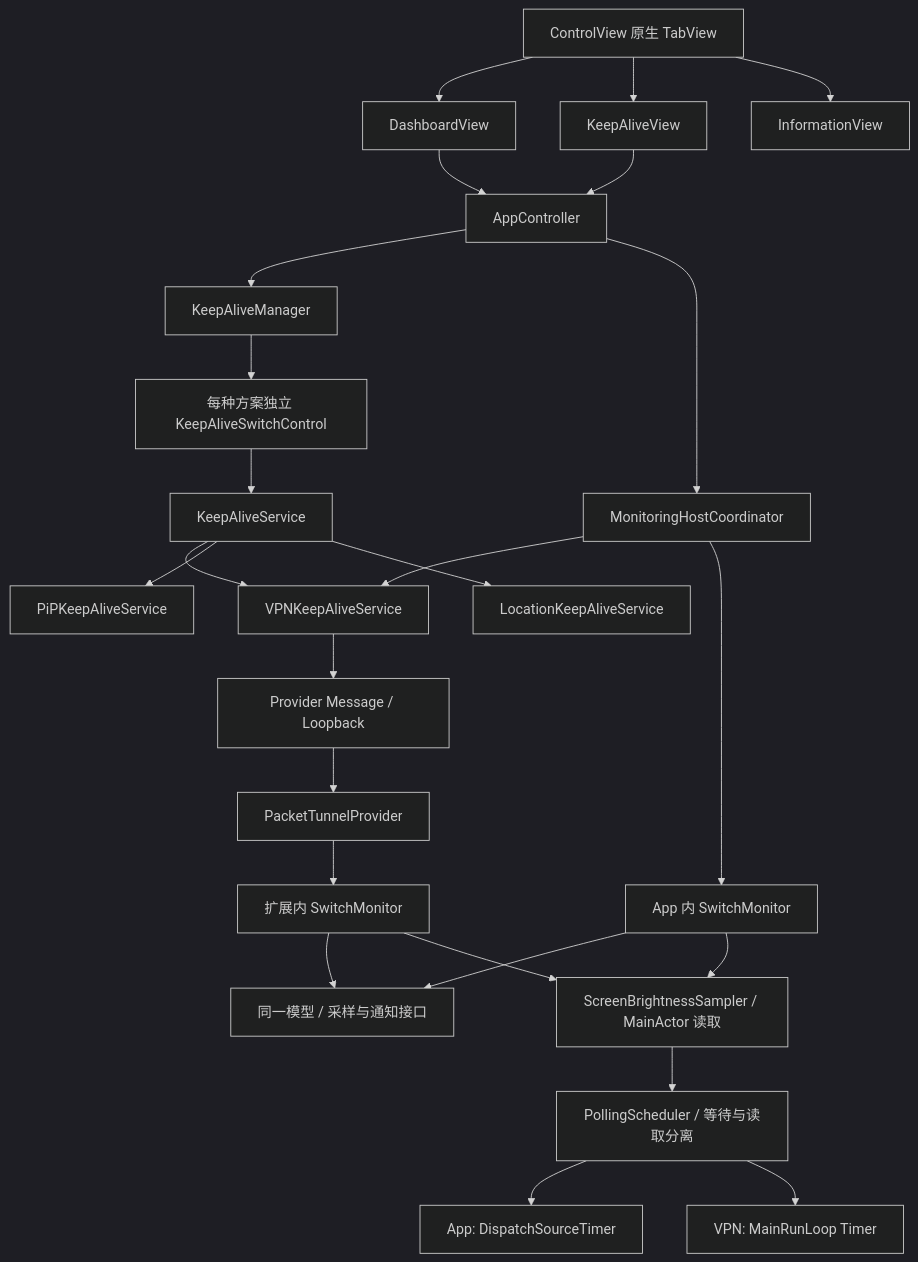
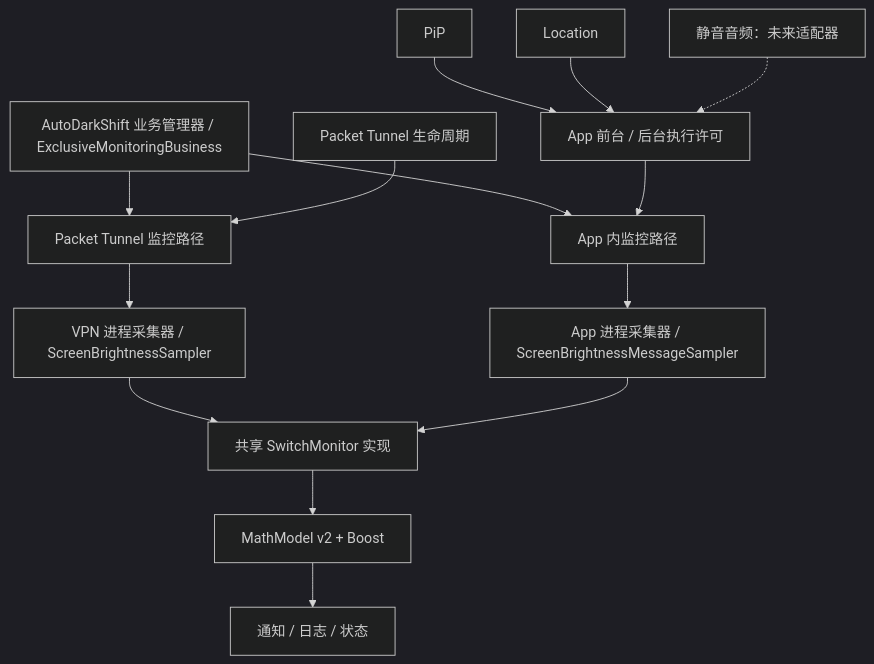
Before and after one commit to CodeBH0/AutoDarkShift: the diagram in docs/ARCHITECTURE.md, drawn with Mermaid (dark theme). The commit also changed other lines of this file and 22 other files, not shown here.

Commit message:
1.1.0 build 1 固定双进程互斥监控并修复底栏图标

````diff
--- a/docs/ARCHITECTURE.md
+++ b/docs/ARCHITECTURE.md
@@ -9,27 +7,17 @@
 ```mermaid
 flowchart TD
-    Tabs[ControlView 原生 TabView] --> Dashboard[DashboardView]
-    Tabs --> KeepAliveView
-    Tabs --> InformationView
-    Dashboard --> AppController
-    KeepAliveView --> AppController
-    AppController --> Manager[KeepAliveManager]
-    Manager --> Toggle[每种方案独立 KeepAliveSwitchControl]
-    Toggle --> Contract[KeepAliveService]
-    Contract --> VPN[VPNKeepAliveService]
-    Contract --> PiP[PiPKeepAliveService]
-    Contract --> Location[LocationKeepAliveService]
-    AppController --> Host[MonitoringHostCoordinator]
-    Host --> VPN
-    Host --> Local[App 内 SwitchMonitor]
-    VPN --> IPC[Provider Message / Loopback]
-    IPC --> Provider[PacketTunnelProvider]
-    Provider --> Remote[扩展内 SwitchMonitor]
-    Local --> Core[同一模型 / 采样与通知接口]
-    Remote --> Core
-    Local --> Sampler[ScreenBrightnessSampler / MainActor 读取]
-    Remote --> Sampler
-    Sampler --> Scheduler[PollingScheduler / 等待与读取分离]
-    Scheduler --> Dispatch[App: DispatchSourceTimer]
-    Scheduler --> RunLoop[VPN: MainRunLoop Timer]
+    A[AutoDarkShift 业务管理器 / ExclusiveMonitoringBusiness]
+    A --> B[Packet Tunnel 监控路径]
+    A --> C[App 内监控路径]
+    D[Packet Tunnel 生命周期] --> B
+    E[App 前台 / 后台执行许可] --> C
+    F[PiP] --> E
+    G[Location] --> E
+    H[静音音频：未来适配器] -.-> E
+    B --> I[VPN 进程采集器 / ScreenBrightnessSampler]
+    C --> J[App 进程采集器 / ScreenBrightnessMessageSampler]
+    I --> K[共享 SwitchMonitor 实现]
+    J --> K
+    K --> L[MathModel v2 + Boost]
+    L --> M[通知 / 日志 / 状态]
 ```
````
